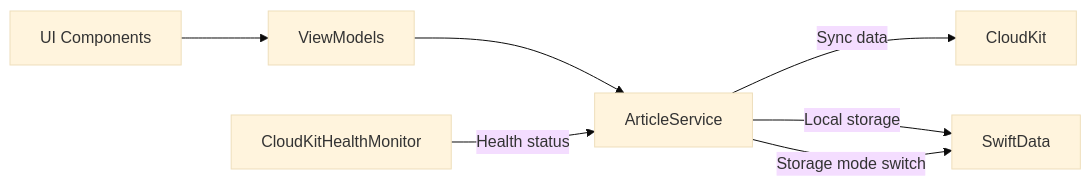
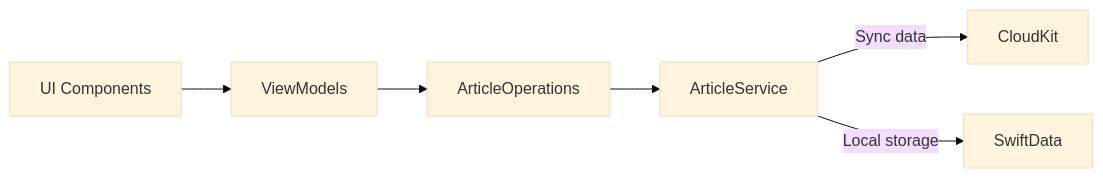
The third of 10 diagrams in memory-bank/systemPatterns.md (jeremyandrews/Argus-app), drawn with Mermaid (base theme) before and after one commit. The commit also changed other lines of this file and 3 other files, not shown here.

````diff
--- a/memory-bank/systemPatterns.md
+++ b/memory-bank/systemPatterns.md
@@ -103,16 +113,15 @@
 ```mermaid
 flowchart LR
     UI["UI Components"]
     VM["ViewModels"]
+    AO["ArticleOperations"]
     AS["ArticleService"]
     CK["CloudKit"]
     SD["SwiftData"]
-    CKHM["CloudKitHealthMonitor"]
     
     UI --> VM
-    VM --> AS
+    VM --> AO
+    AO --> AS
     AS -->|"Sync data"| CK
     AS -->|"Local storage"| SD
-    CKHM -->|"Health status"| AS
-    AS -->|"Storage mode switch"| SD
 ```
````
